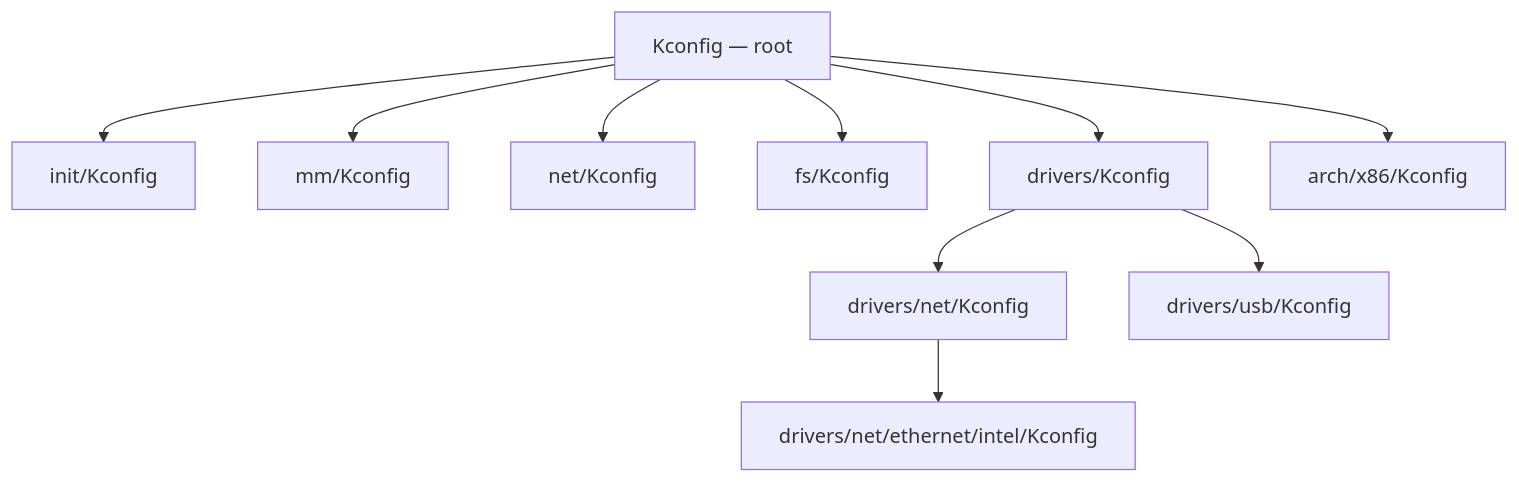
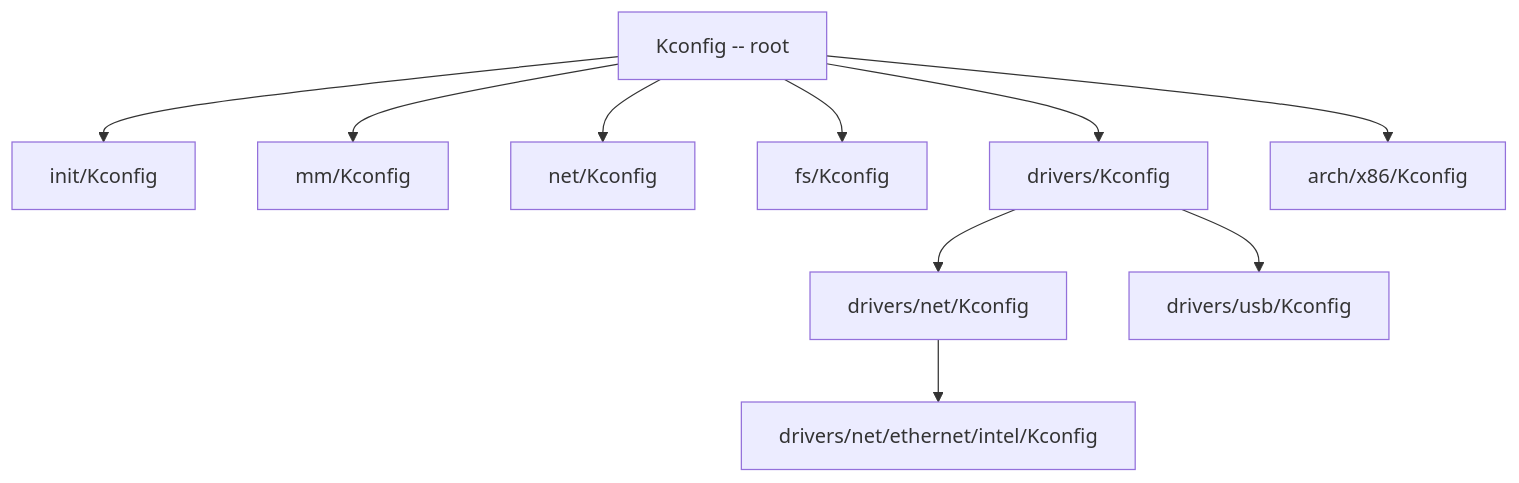
The tenth of 12 diagrams in src/kernel/architecture.md (Abhinav-Kumar012/lb2), drawn with Mermaid before and after one commit. The commit also changed other lines of this file and 211 other files, not shown here.

First line of the commit message:
fix: mermaid syntax issues across 212 files

````diff
--- a/src/kernel/architecture.md
+++ b/src/kernel/architecture.md
@@ -718,21 +718,21 @@
 ```mermaid
 graph TB
-    KCONFIG_ROOT[Kconfig — root]
+    KCONFIG_ROOT[Kconfig -- root]
     INIT_K[init/Kconfig]
     MM_K[mm/Kconfig]
     NET_K[net/Kconfig]
     FS_K[fs/Kconfig]
     DRV_K[drivers/Kconfig]
     ARCH_K[arch/x86/Kconfig]
 
     KCONFIG_ROOT --> INIT_K
     KCONFIG_ROOT --> MM_K
     KCONFIG_ROOT --> NET_K
     KCONFIG_ROOT --> FS_K
     KCONFIG_ROOT --> DRV_K
     KCONFIG_ROOT --> ARCH_K
 
     DRV_K --> DRV_NET_K[drivers/net/Kconfig]
     DRV_K --> DRV_USB_K[drivers/usb/Kconfig]
     DRV_NET_K --> DRV_IGB_K[drivers/net/ethernet/intel/Kconfig]
 ```
````
